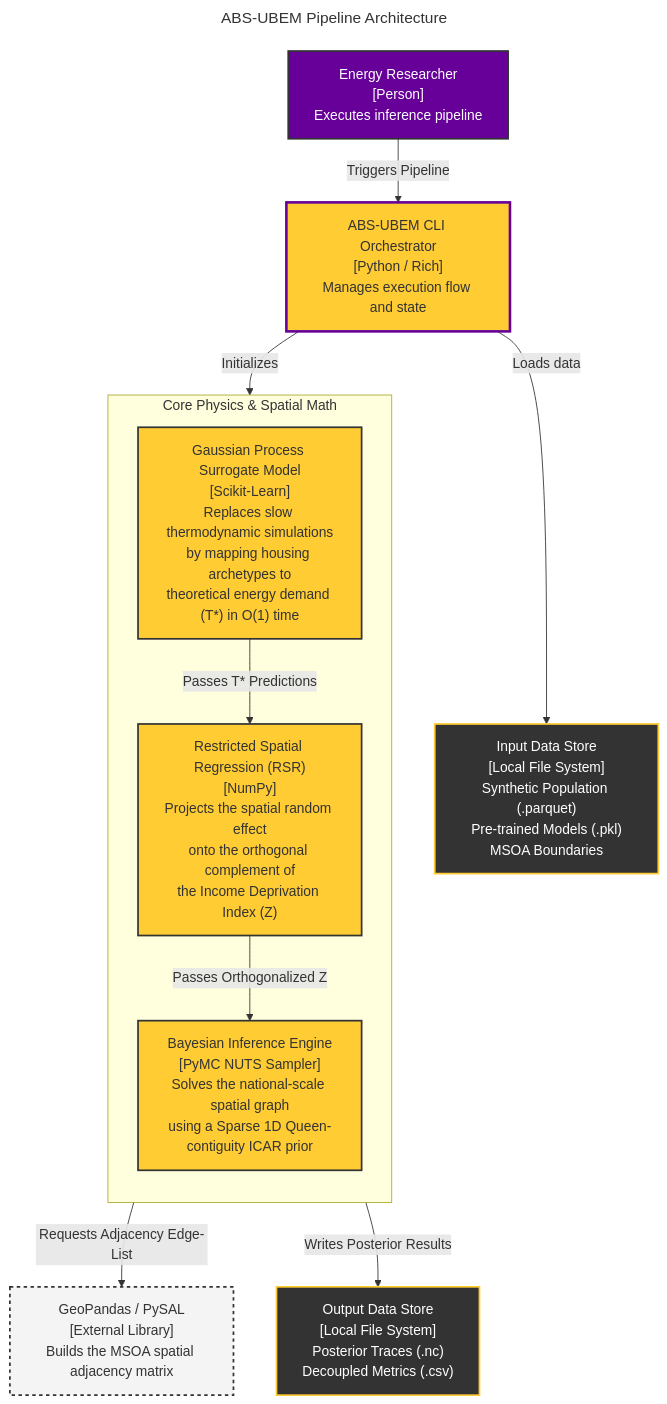
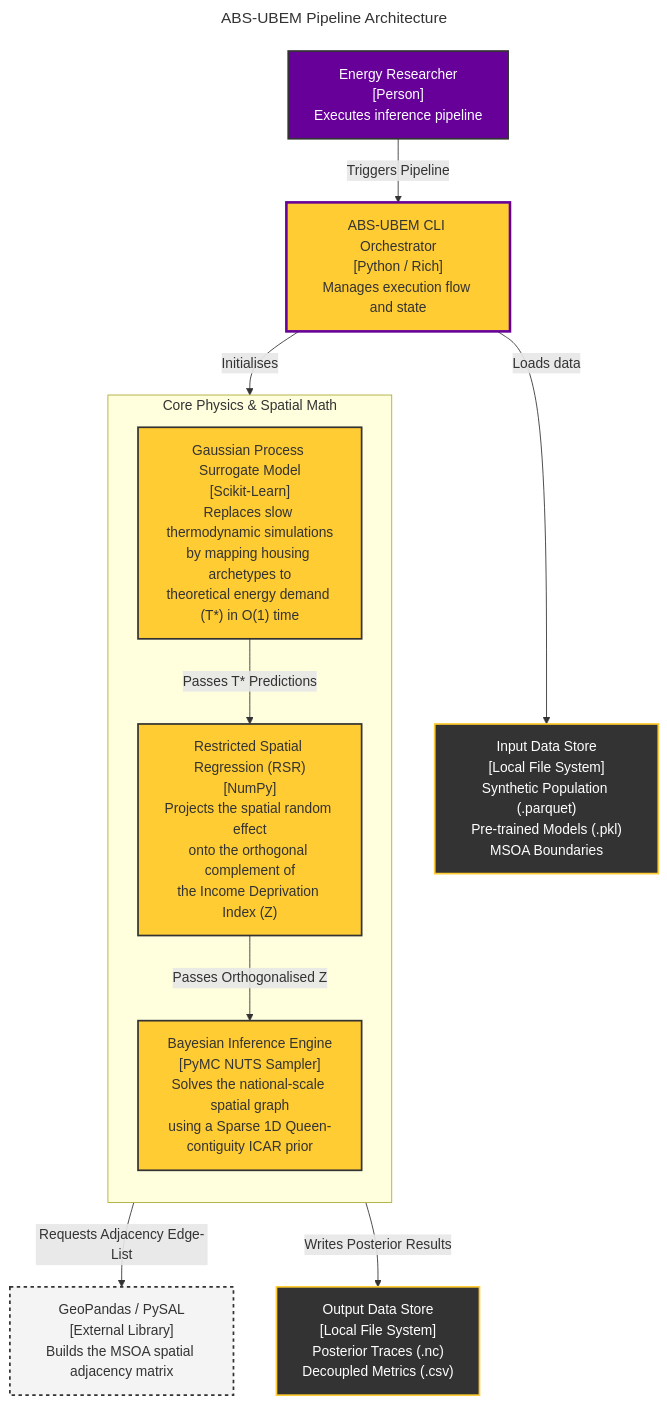
The diagram in README.md (JulesBuckland/abs-ubem-national), drawn with Mermaid before and after one commit.

Commit message:
docs: use British spellings for University of Manchester standardisation

````diff
--- a/README.md
+++ b/README.md
@@ -17,38 +17,38 @@
 ```mermaid
 ---
 title: ABS-UBEM Pipeline Architecture
 ---
 flowchart TD
-    %% Styling - University of Manchester Brand Colors
+    %% Styling - University of Manchester Brand Colours
     classDef person fill:#660099,color:#ffffff,stroke:#333333,stroke-width:2px
     classDef orchestrator fill:#FFCC33,color:#333333,stroke:#660099,stroke-width:3px
     classDef logic fill:#FFCC33,color:#333333,stroke:#333333,stroke-width:2px
     classDef datastore fill:#333333,color:#ffffff,stroke:#FFCC33,stroke-width:2px
     classDef extLib fill:#f4f4f4,color:#333333,stroke:#333333,stroke-width:2px,stroke-dasharray: 4 4
 
     User["Energy Researcher<br/>[Person]<br/>Executes inference pipeline"]:::person
 
     InputFS["Input Data Store<br/>[Local File System]<br/>Synthetic Population (.parquet)<br/>Pre-trained Models (.pkl)<br/>MSOA Boundaries"]:::datastore
     OutputFS["Output Data Store<br/>[Local File System]<br/>Posterior Traces (.nc)<br/>Decoupled Metrics (.csv)"]:::datastore
 
     CLI["ABS-UBEM CLI Orchestrator<br/>[Python / Rich]<br/>Manages execution flow and state"]:::orchestrator
 
     subgraph CoreLogic ["Core Physics & Spatial Math"]
         direction TB
         GP["Gaussian Process Surrogate Model<br/>[Scikit-Learn]<br/>Replaces slow thermodynamic simulations<br/>by mapping housing archetypes to<br/>theoretical energy demand (T*) in O(1) time"]:::logic
         
         RSR["Restricted Spatial Regression (RSR)<br/>[NumPy]<br/>Projects the spatial random effect<br/>onto the orthogonal complement of<br/>the Income Deprivation Index (Z)"]:::logic
         
         MCMC["Bayesian Inference Engine<br/>[PyMC NUTS Sampler]<br/>Solves the national-scale spatial graph<br/>using a Sparse 1D Queen-contiguity ICAR prior"]:::logic
     end
     
     PySAL["GeoPandas / PySAL<br/>[External Library]<br/>Builds the MSOA spatial adjacency matrix"]:::extLib
 
     User -- "Triggers Pipeline" --> CLI
     CLI -- "Loads data" --> InputFS
-    CLI -- "Initializes" --> GP
+    CLI -- "Initialises" --> GP
     GP -- "Passes T* Predictions" --> RSR
-    RSR -- "Passes Orthogonalized Z" --> MCMC
+    RSR -- "Passes Orthogonalised Z" --> MCMC
     MCMC -- "Requests Adjacency Edge-List" --> PySAL
     MCMC -- "Writes Posterior Results" --> OutputFS
 ```
````
